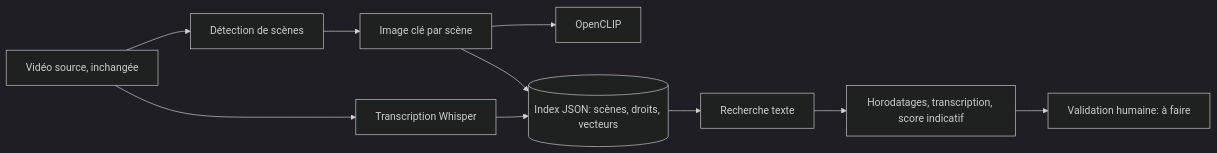
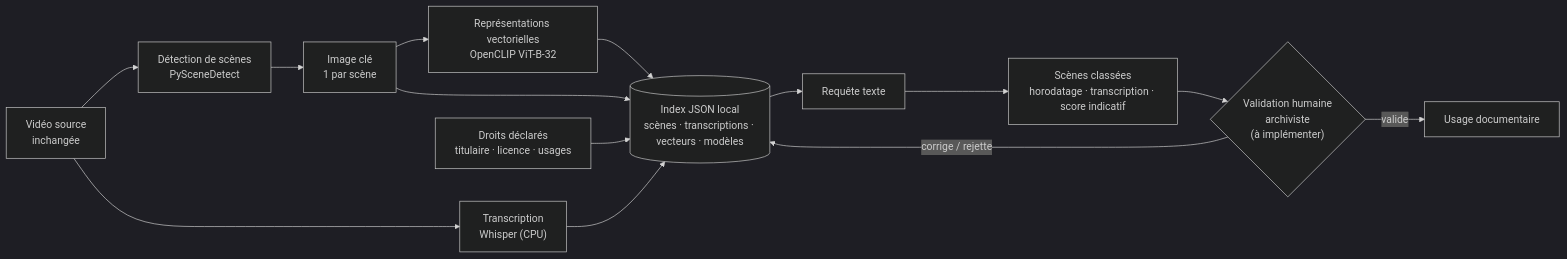
One commit to RayenMnif/archivIA changed the diagram in README.md. Above: the diagram before and after it, drawn with Mermaid (dark theme). The commit also changed other lines of this file, not shown here.

````diff
--- a/README.md
+++ b/README.md
@@ -49,12 +214,16 @@
 ```mermaid
 flowchart LR
-  V[Vidéo source, inchangée] --> S[Détection de scènes]
-  S --> K[Image clé par scène]
-  V --> W[Transcription Whisper]
-  K --> C[OpenCLIP]
-  K --> J[(Index JSON: scènes, droits, vecteurs)]
+  V["Vidéo source<br/>inchangée"] --> S["Détection de scènes<br/>PySceneDetect"]
+  S --> K["Image clé<br/>1 par scène"]
+  V --> W["Transcription<br/>Whisper (CPU)"]
+  K --> C["Représentations vectorielles<br/>OpenCLIP ViT-B-32"]
+  D["Droits déclarés<br/>titulaire · licence · usages"] --> J[("Index JSON local<br/>scènes · transcriptions · vecteurs · modèles")]
+  K --> J
   W --> J
-  J --> Q[Recherche texte]
-  Q --> R[Horodatages, transcription, score indicatif]
-  R --> H[Validation humaine: à faire]
+  C --> J
+  J --> Q["Requête texte"]
+  Q --> R["Scènes classées<br/>horodatage · transcription · score indicatif"]
+  R --> H{"Validation humaine<br/>archiviste<br/>(à implémenter)"}
+  H -->|"corrige / rejette"| J
+  H -->|"valide"| P["Usage documentaire"]
 ```
````
